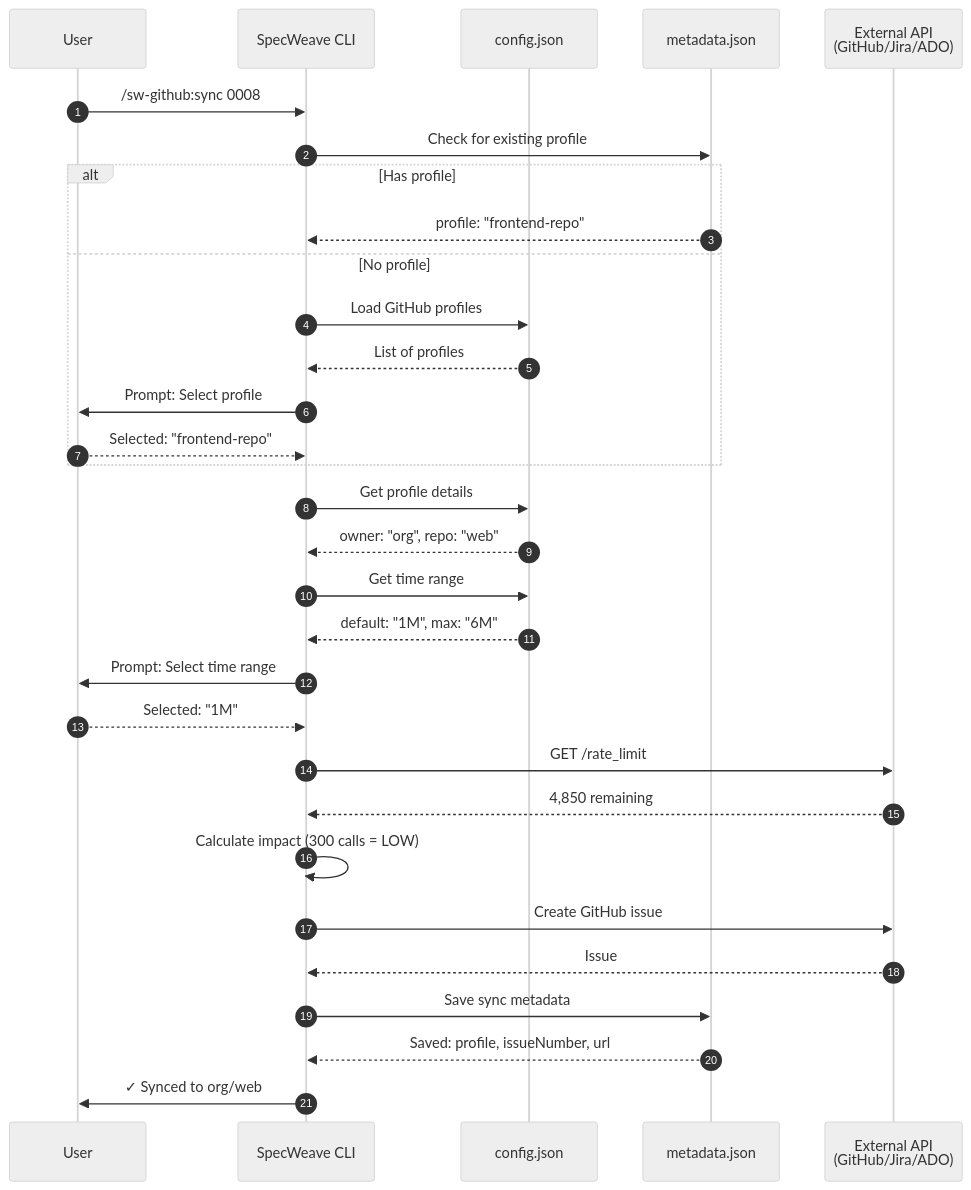
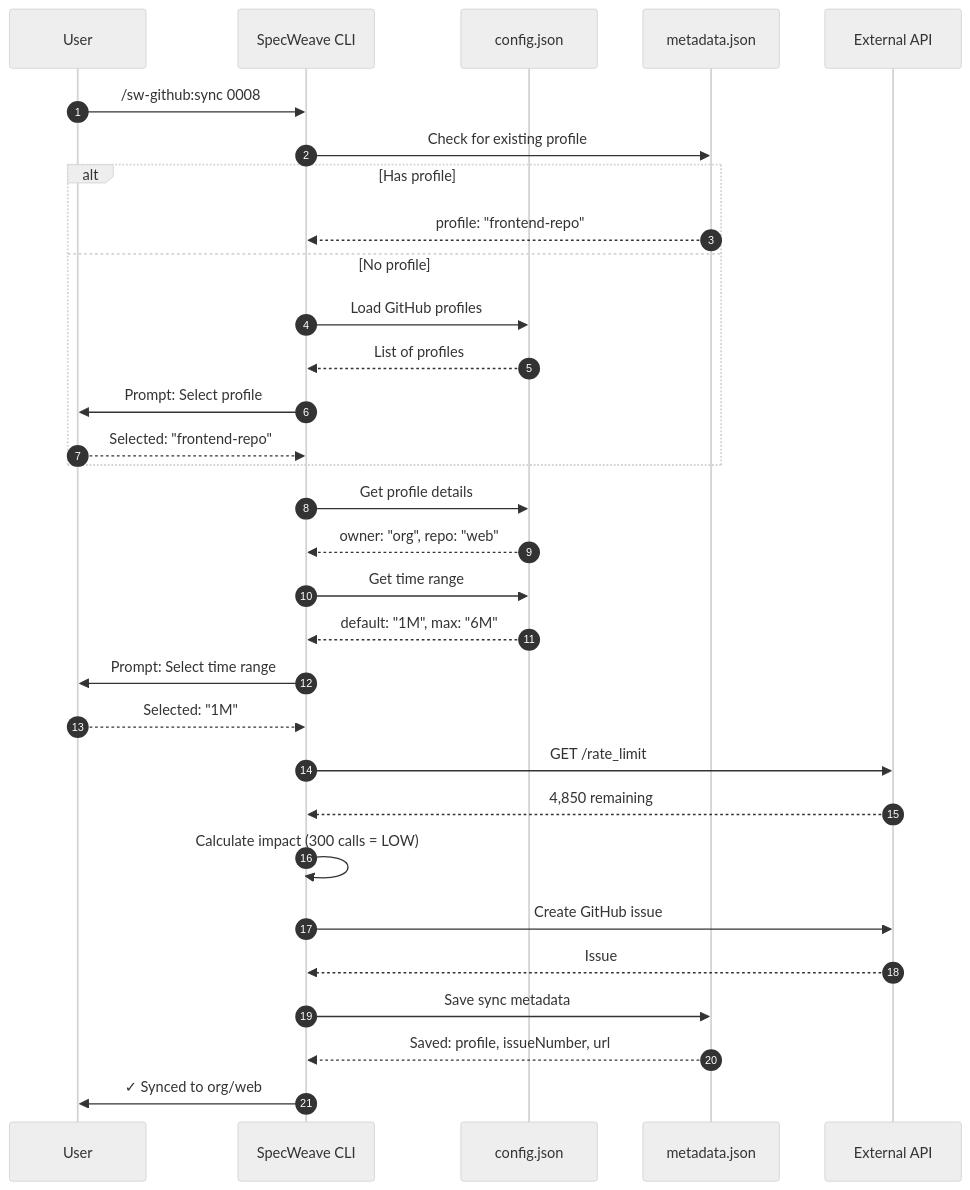
Before and after one commit to anton-abyzov/specweave-umb: the ninth of 10 diagrams in .specweave/docs/public/guides/multi-project-sync-architecture.md, drawn with Mermaid (neutral theme). The commit also changed other lines of this file and 9 other files, not shown here.

````diff
--- a/.specweave/docs/public/guides/multi-project-sync-architecture.md
+++ b/.specweave/docs/public/guides/multi-project-sync-architecture.md
@@ -946,44 +943,44 @@
 ```mermaid
 sequenceDiagram
     autonumber
 
     participant User
     participant CLI as SpecWeave CLI
     participant Config as config.json
     participant Meta as metadata.json
-    participant API as External API<br/>(GitHub/Jira/ADO)
+    participant API as External API
 
     User->>CLI: /sw-github:sync 0008
 
     CLI->>Meta: Check for existing profile
     alt Has profile
         Meta-->>CLI: profile: "frontend-repo"
     else No profile
         CLI->>Config: Load GitHub profiles
         Config-->>CLI: List of profiles
         CLI->>User: Prompt: Select profile
         User-->>CLI: Selected: "frontend-repo"
     end
 
     CLI->>Config: Get profile details
     Config-->>CLI: owner: "org", repo: "web"
 
     CLI->>Config: Get time range
     Config-->>CLI: default: "1M", max: "6M"
 
     CLI->>User: Prompt: Select time range
     User-->>CLI: Selected: "1M"
 
     CLI->>API: GET /rate_limit
     API-->>CLI: 4,850 remaining
 
     CLI->>CLI: Calculate impact (300 calls = LOW)
 
     CLI->>API: Create GitHub issue
     API-->>CLI: Issue #42 created
 
     CLI->>Meta: Save sync metadata
     Meta-->>CLI: Saved: profile, issueNumber, url
 
     CLI->>User: ✓ Synced to org/web#42
 ```
````
